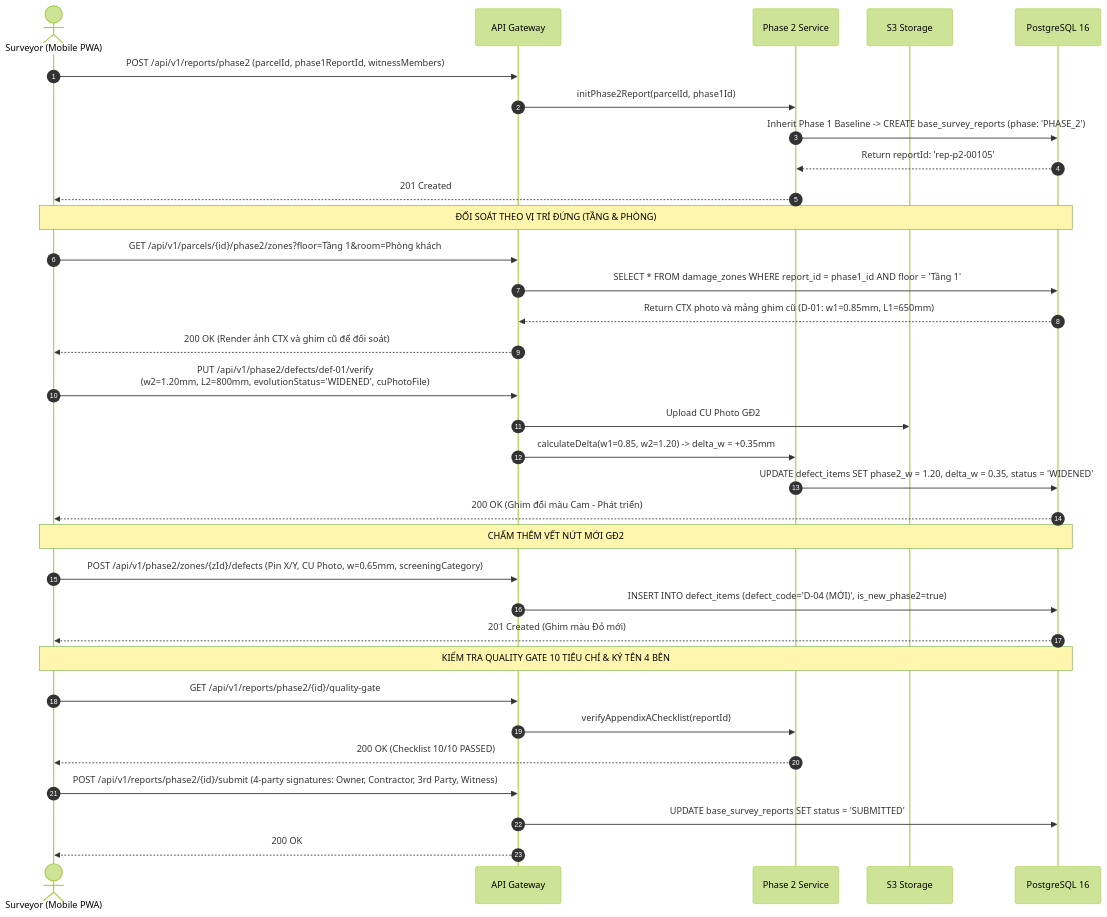
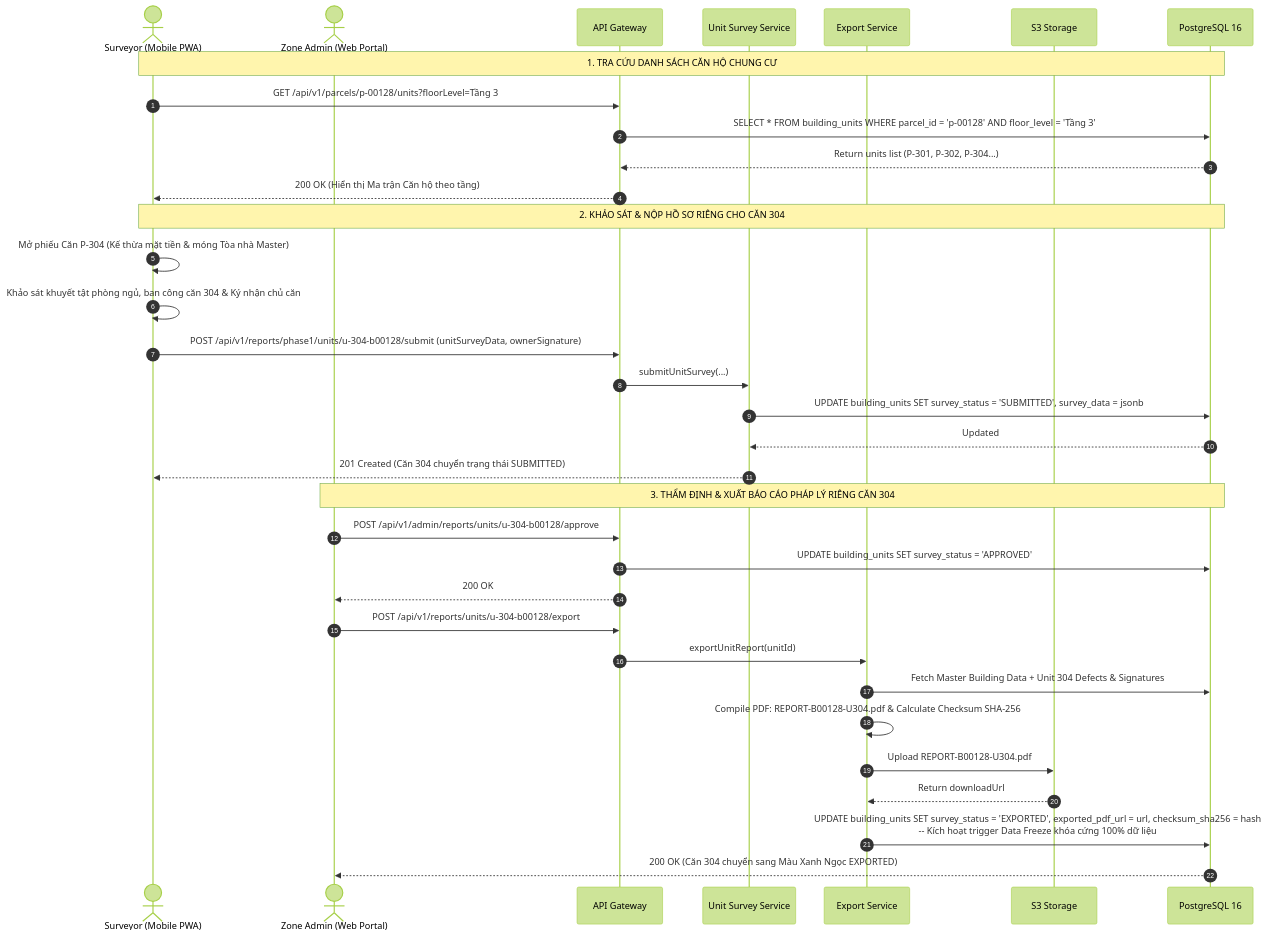
Before and after one commit to Vqd2k6/BCR-System: the fourth of 5 diagrams in srs/notchange/SEQUENCE_DIAGRAMS.md, drawn with Mermaid (forest theme). The commit also changed other lines of this file and 5 other files, not shown here.

Commit message:
docs(srs): sync all SRS documents 4, 5, 6, 7, 8, 9 with absentee survey gate, multi-unit apartment workflow, 7 survey statuses, and updated technical engines

````diff
--- a/srs/notchange/SEQUENCE_DIAGRAMS.md
+++ b/srs/notchange/SEQUENCE_DIAGRAMS.md
@@ -156,41 +161,40 @@
 ```mermaid
 sequenceDiagram
     autonumber
     actor S as Surveyor (Mobile PWA)
+    actor ZA as Zone Admin (Web Portal)
     participant GW as API Gateway
-    participant P2S as Phase 2 Service
+    participant US as Unit Survey Service
+    participant ES as Export Service
     participant FS as S3 Storage
     participant DB as PostgreSQL 16
 
-    S->>GW: POST /api/v1/reports/phase2 (parcelId, phase1ReportId, witnessMembers)
-    GW->>P2S: initPhase2Report(parcelId, phase1Id)
-    P2S->>DB: Inherit Phase 1 Baseline -> CREATE base_survey_reports (phase: 'PHASE_2')
-    DB-->>P2S: Return reportId: 'rep-p2-00105'
-    P2S-->>S: 201 Created
+    Note over S,DB: 1. TRA CỨU DANH SÁCH CĂN HỘ CHUNG CƯ
+    S->>GW: GET /api/v1/parcels/p-00128/units?floorLevel=Tầng 3
+    GW->>DB: SELECT * FROM building_units WHERE parcel_id = 'p-00128' AND floor_level = 'Tầng 3'
+    DB-->>GW: Return units list (P-301, P-302, P-304...)
+    GW-->>S: 200 OK (Hiển thị Ma trận Căn hộ theo tầng)
 
-    Note over S,DB: ĐỐI SOÁT THEO VỊ TRÍ ĐỨNG (TẦNG & PHÒNG)
-    S->>GW: GET /api/v1/parcels/{id}/phase2/zones?floor=Tầng 1&room=Phòng khách
-    GW->>DB: SELECT * FROM damage_zones WHERE report_id = phase1_id AND floor = 'Tầng 1'
-    DB-->>GW: Return CTX photo và mảng ghim cũ (D-01: w1=0.85mm, L1=650mm)
-    GW-->>S: 200 OK (Render ảnh CTX và ghim cũ để đối soát)
+    Note over S,DB: 2. KHẢO SÁT & NỘP HỒ SƠ RIÊNG CHO CĂN 304
+    S->>S: Mở phiếu Căn P-304 (Kế thừa mặt tiền & móng Tòa nhà Master)
+    S->>S: Khảo sát khuyết tật phòng ngủ, ban công căn 304 & Ký nhận chủ căn
+    S->>GW: POST /api/v1/reports/phase1/units/u-304-b00128/submit (unitSurveyData, ownerSignature)
+    GW->>US: submitUnitSurvey(...)
+    US->>DB: UPDATE building_units SET survey_status = 'SUBMITTED', survey_data = jsonb
+    DB-->>US: Updated
+    US-->>S: 201 Created (Căn 304 chuyển trạng thái SUBMITTED)
 
-    S->>GW: PUT /api/v1/phase2/defects/def-01/verify<br>(w2=1.20mm, L2=800mm, evolutionStatus='WIDENED', cuPhotoFile)
-    GW->>FS: Upload CU Photo GĐ2
-    GW->>P2S: calculateDelta(w1=0.85, w2=1.20) -> delta_w = +0.35mm
-    P2S->>DB: UPDATE defect_items SET phase2_w = 1.20, delta_w = 0.35, status = 'WIDENED'
-    DB-->>S: 200 OK (Ghim đổi màu Cam - Phát triển)
+    Note over ZA,DB: 3. THẨM ĐỊNH & XUẤT BÁO CÁO PHÁP LÝ RIÊNG CĂN 304
+    ZA->>GW: POST /api/v1/admin/reports/units/u-304-b00128/approve
+    GW->>DB: UPDATE building_units SET survey_status = 'APPROVED'
+    GW-->>ZA: 200 OK
 
-    Note over S,DB: CHẤM THÊM VẾT NỨT MỚI GĐ2
-    S->>GW: POST /api/v1/phase2/zones/{zId}/defects (Pin X/Y, CU Photo, w=0.65mm, screeningCategory)
-    GW->>DB: INSERT INTO defect_items (defect_code='D-04 (MỚI)', is_new_phase2=true)
-    DB-->>S: 201 Created (Ghim màu Đỏ mới)
-
-    Note over S,DB: KIỂM TRA QUALITY GATE 10 TIÊU CHÍ & KÝ TÊN 4 BÊN
-    S->>GW: GET /api/v1/reports/phase2/{id}/quality-gate
-    GW->>P2S: verifyAppendixAChecklist(reportId)
-    P2S-->>S: 200 OK (Checklist 10/10 PASSED)
-
-    S->>GW: POST /api/v1/reports/phase2/{id}/submit (4-party signatures: Owner, Contractor, 3rd Party, Witness)
-    GW->>DB: UPDATE base_survey_reports SET status = 'SUBMITTED'
-    GW-->>S: 200 OK
+    ZA->>GW: POST /api/v1/reports/units/u-304-b00128/export
+    GW->>ES: exportUnitReport(unitId)
+    ES->>DB: Fetch Master Building Data + Unit 304 Defects & Signatures
+    ES->>ES: Compile PDF: REPORT-B00128-U304.pdf & Calculate Checksum SHA-256
+    ES->>FS: Upload REPORT-B00128-U304.pdf
+    FS-->>ES: Return downloadUrl
+    ES->>DB: UPDATE building_units SET survey_status = 'EXPORTED', exported_pdf_url = url, checksum_sha256 = hash<br>-- Kích hoạt trigger Data Freeze khóa cứng 100% dữ liệu
+    DB-->>ZA: 200 OK (Căn 304 chuyển sang Màu Xanh Ngọc EXPORTED)
 ```
````
